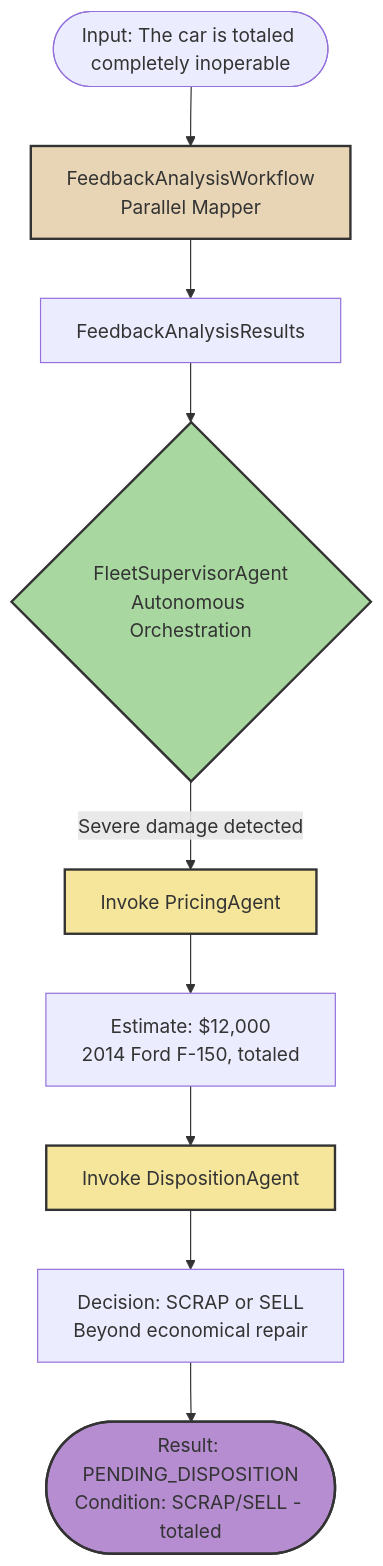
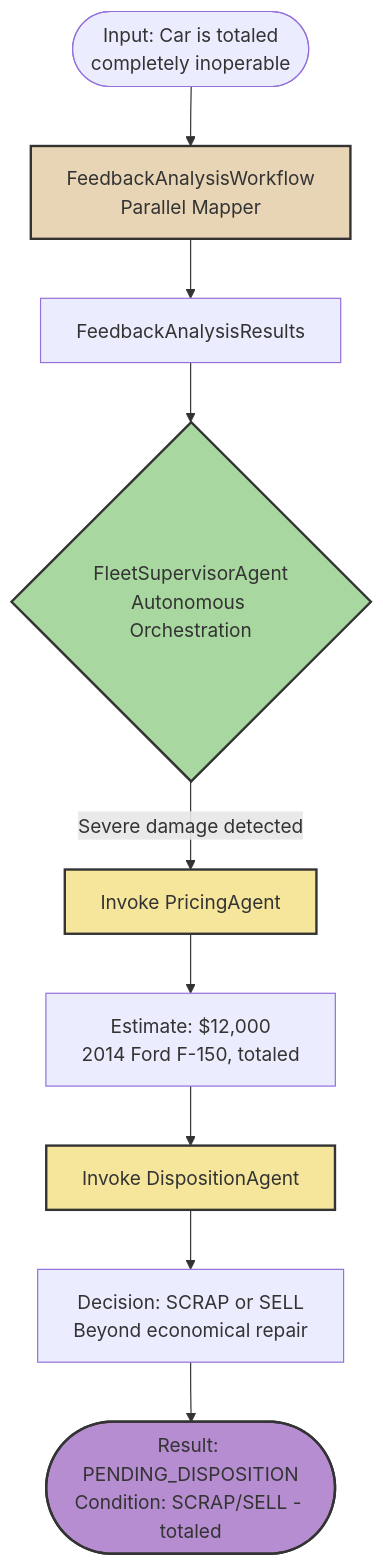
Before and after one commit to quarkusio/quarkus-workshop-langchain4j: the third of 5 diagrams in docs/docs/section-2/step-04.md, drawn with Mermaid. The commit also changed other lines of this file and 2 other files, not shown here.

Commit message:
minor tweaks

````diff
--- a/docs/docs/section-2/step-04.md
+++ b/docs/docs/section-2/step-04.md
@@ -569,20 +569,20 @@
 ```mermaid
 flowchart TD
-    Start(["Input: The car is totaled completely inoperable"])
+    Start(["Input: Car is totaled<br/>completely inoperable"])
 
     Start --> FW["FeedbackAnalysisWorkflow<br/>Parallel Mapper"]
     FW --> Results["FeedbackAnalysisResults"]
     Results --> FSA{"FleetSupervisorAgent<br/>Autonomous Orchestration"}
 
     FSA -->|"Severe damage detected"| PA["Invoke PricingAgent"]
     PA --> PV["Estimate: $12,000<br/>2014 Ford F-150, totaled"]
     PV --> DA["Invoke DispositionAgent"]
     DA --> DD["Decision: SCRAP or SELL<br/>Beyond economical repair"]
     DD --> Result(["Result: PENDING_DISPOSITION<br/>Condition: SCRAP/SELL - totaled"])
 
     style FW fill:#e8d5b5,stroke:#333,stroke-width:2,color:#333
     style FSA fill:#a8d8a0,stroke:#333,stroke-width:2,color:#333
     style PA fill:#f5e69c,stroke:#333,stroke-width:2,color:#333
     style DA fill:#f5e69c,stroke:#333,stroke-width:2,color:#333
     style Result fill:#b58dd0,stroke:#333,stroke-width:2,color:#333
 ```
````
